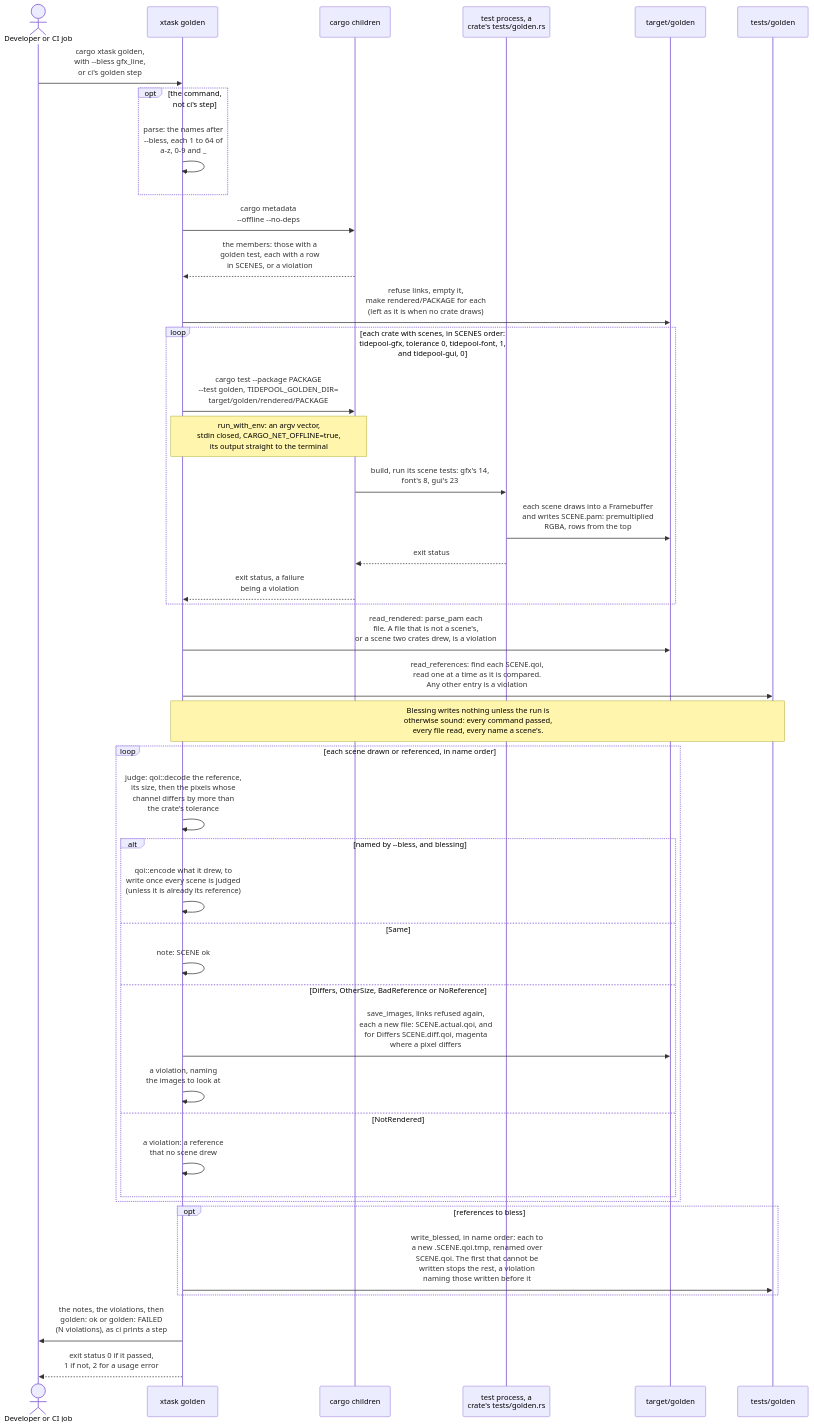
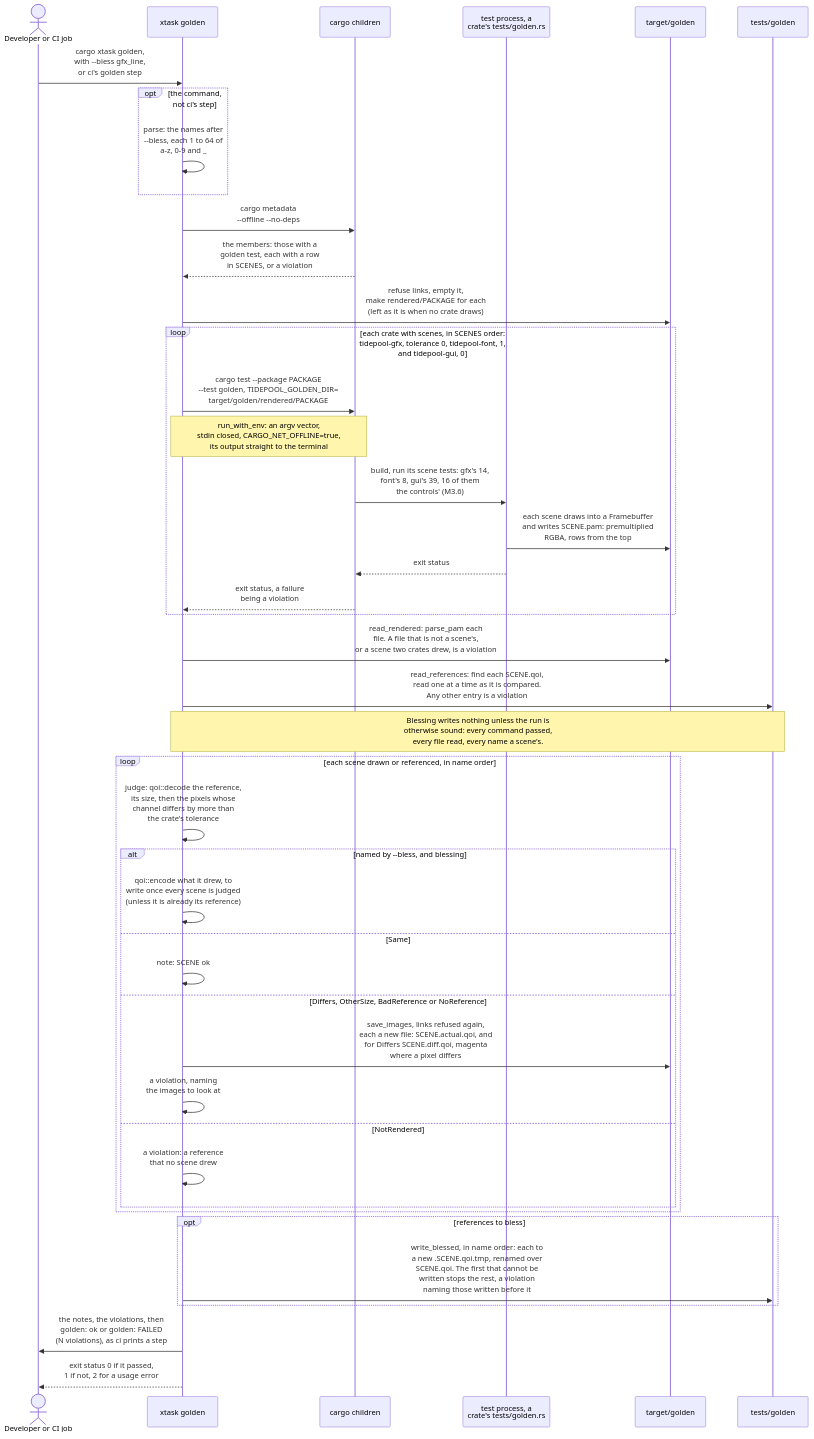
The second of 23 diagrams in diagrams/sequence-diagrams.md (jabbott-iii/Tidepool), drawn with Mermaid before and after one commit. The commit also changed other lines of this file and 64 other files, not shown here.

First line of the commit message:
ui: controls, theme tokens and grapheme editing (M3.6)

````diff
--- a/diagrams/sequence-diagrams.md
+++ b/diagrams/sequence-diagrams.md
@@ -140,46 +140,46 @@
 ```mermaid
 sequenceDiagram
     actor Dev as Developer or CI job
     participant Gold as xtask golden
     participant Cargo as cargo children
     participant Test as test process, a<br/>crate's tests/golden.rs
     participant Out as target/golden
     participant Ref as tests/golden
 
     Dev->>Gold: cargo xtask golden,<br/>with --bless gfx_line,<br/>or ci's golden step
     opt the command, not ci's step
         Gold->>Gold: parse: the names after<br/>--bless, each 1 to 64 of<br/>a-z, 0-9 and _
     end
     Gold->>Cargo: cargo metadata<br/>--offline --no-deps
     Cargo-->>Gold: the members: those with a<br/>golden test, each with a row<br/>in SCENES, or a violation
     Gold->>Out: refuse links, empty it,<br/>make rendered/PACKAGE for each<br/>(left as it is when no crate draws)
     loop each crate with scenes, in SCENES order: tidepool-gfx, tolerance 0, tidepool-font, 1, and tidepool-gui, 0
         Gold->>Cargo: cargo test --package PACKAGE<br/>--test golden, TIDEPOOL_GOLDEN_DIR=<br/>target/golden/rendered/PACKAGE
         Note over Gold,Cargo: run_with_env: an argv vector,<br/>stdin closed, CARGO_NET_OFFLINE=true,<br/>its output straight to the terminal
-        Cargo->>Test: build, run its scene tests: gfx's 14,<br/>font's 8, gui's 23
+        Cargo->>Test: build, run its scene tests: gfx's 14,<br/>font's 8, gui's 39, 16 of them<br/>the controls' (M3.6)
         Test->>Out: each scene draws into a Framebuffer<br/>and writes SCENE.pam: premultiplied<br/>RGBA, rows from the top
         Test-->>Cargo: exit status
         Cargo-->>Gold: exit status, a failure<br/>being a violation
     end
     Gold->>Out: read_rendered: parse_pam each<br/>file. A file that is not a scene's,<br/>or a scene two crates drew, is a violation
     Gold->>Ref: read_references: find each SCENE.qoi,<br/>read one at a time as it is compared.<br/>Any other entry is a violation
     Note over Gold,Ref: Blessing writes nothing unless the run is<br/>otherwise sound: every command passed,<br/>every file read, every name a scene's.
     loop each scene drawn or referenced, in name order
         Gold->>Gold: judge: qoi::decode the reference,<br/>its size, then the pixels whose<br/>channel differs by more than<br/>the crate's tolerance
         alt named by --bless, and blessing
             Gold->>Gold: qoi::encode what it drew, to<br/>write once every scene is judged<br/>(unless it is already its reference)
         else Same
             Gold->>Gold: note: SCENE ok
         else Differs, OtherSize, BadReference or NoReference
             Gold->>Out: save_images, links refused again,<br/>each a new file: SCENE.actual.qoi, and<br/>for Differs SCENE.diff.qoi, magenta<br/>where a pixel differs
             Gold->>Gold: a violation, naming<br/>the images to look at
         else NotRendered
             Gold->>Gold: a violation: a reference<br/>that no scene drew
         end
     end
     opt references to bless
         Gold->>Ref: write_blessed, in name order: each to<br/>a new .SCENE.qoi.tmp, renamed over<br/>SCENE.qoi. The first that cannot be<br/>written stops the rest, a violation<br/>naming those written before it
     end
     Gold->>Dev: the notes, the violations, then<br/>golden: ok or golden: FAILED<br/>(N violations), as ci prints a step
     Gold-->>Dev: exit status 0 if it passed,<br/>1 if not, 2 for a usage error
 ```
````
